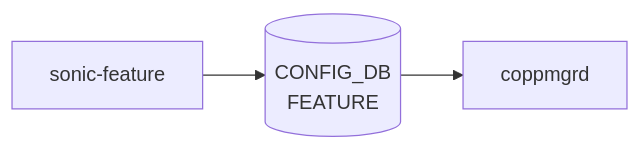
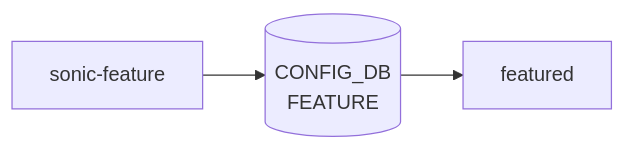
The diagram in docs/reference/yang/sonic-feature.md (aoki-taquan/sonic-unofficial-docs), drawn with Mermaid before and after one commit. The commit also changed other lines of this file and 25 other files, not shown here.

````diff
--- a/docs/reference/yang/sonic-feature.md
+++ b/docs/reference/yang/sonic-feature.md
@@ -36,8 +42,8 @@
 ```mermaid
 flowchart LR
   Y["sonic-feature"]
   C1[("CONFIG_DB<br/>FEATURE")]
   Y --> C1
-  D1["coppmgrd"]
+  D1["featured"]
   C1 --> D1
 ```
````
